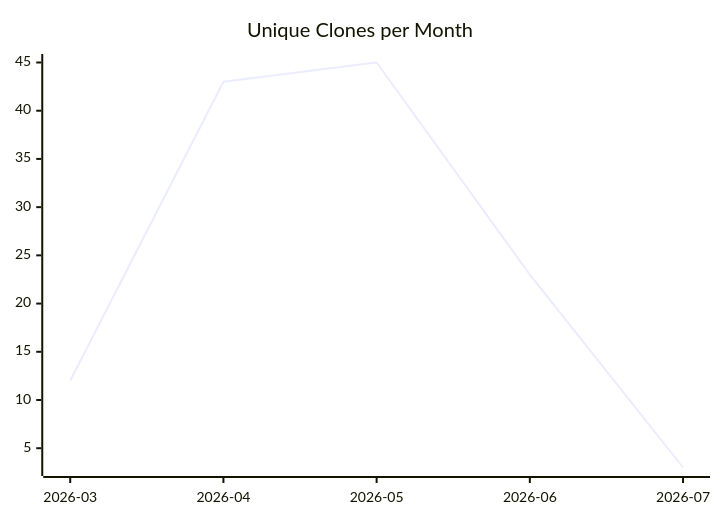
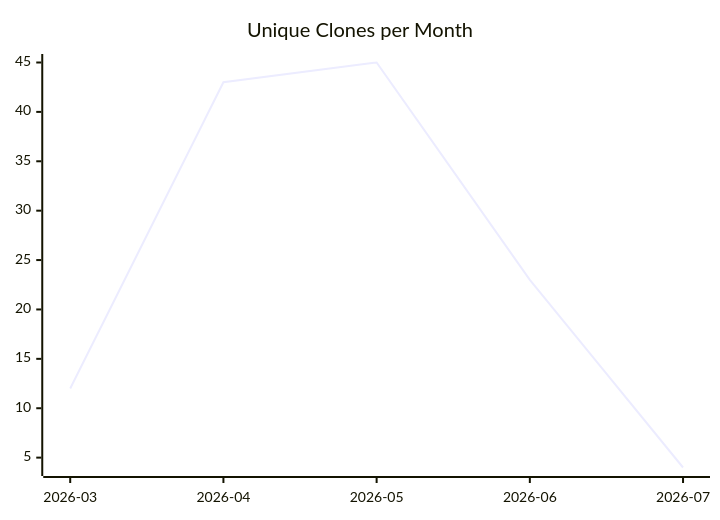
Before and after one commit to justdavis-family/github-analytics-data: the third of 3 diagrams in karlmdavis/ksoap2-android/README.md, drawn with Mermaid. The commit also changed other lines of this file and 200 other files, not shown here.

````diff
--- a/karlmdavis/ksoap2-android/README.md
+++ b/karlmdavis/ksoap2-android/README.md
@@ -19,6 +19,6 @@
 ```mermaid
 xychart-beta
   title "Unique Clones per Month"
   x-axis ["2026-03", "2026-04", "2026-05", "2026-06", "2026-07"]
-  line [12, 43, 45, 23, 3]
+  line [12, 43, 45, 23, 4]
 ```
````
